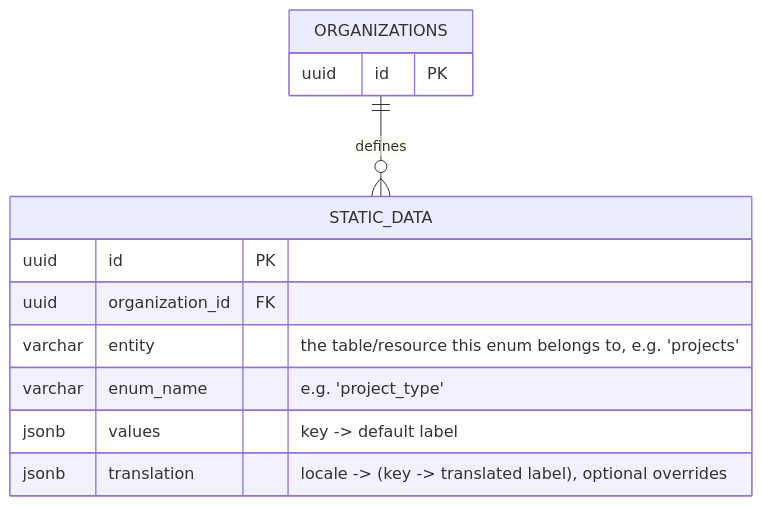
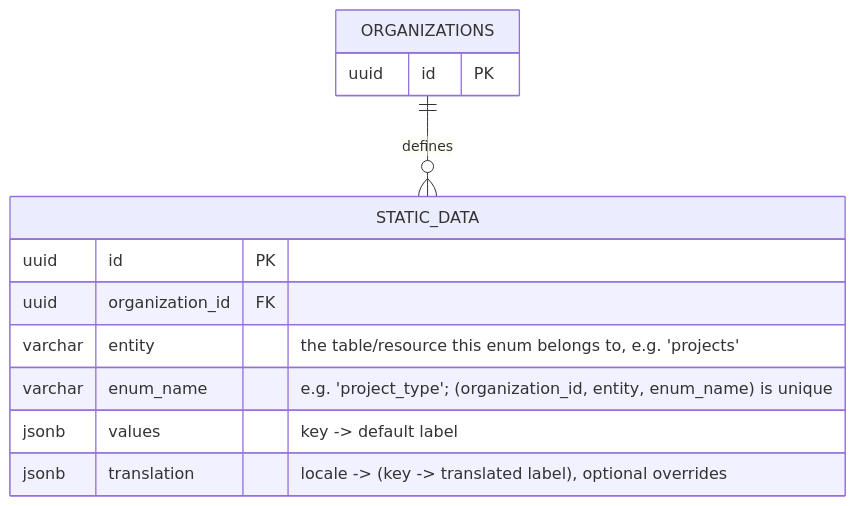
Before and after one commit to fporoli/worktime3: diagram 12 of 12 in docs/DATABASE_SCHEMA.md, drawn with Mermaid. The commit also changed other lines of this file and 16 other files, not shown here.

First line of the commit message:
Refactor database schema and seed data

````diff
--- a/docs/DATABASE_SCHEMA.md
+++ b/docs/DATABASE_SCHEMA.md
@@ -569,14 +557,14 @@
 ```mermaid
 erDiagram
     ORGANIZATIONS ||--o{ STATIC_DATA : "defines"
 
     STATIC_DATA {
         uuid id PK
         uuid organization_id FK
         varchar entity "the table/resource this enum belongs to, e.g. 'projects'"
-        varchar enum_name "e.g. 'project_type'"
+        varchar enum_name "e.g. 'project_type'; (organization_id, entity, enum_name) is unique"
         jsonb values "key -> default label"
         jsonb translation "locale -> (key -> translated label), optional overrides"
     }
     ORGANIZATIONS { uuid id PK }
 ```
````
